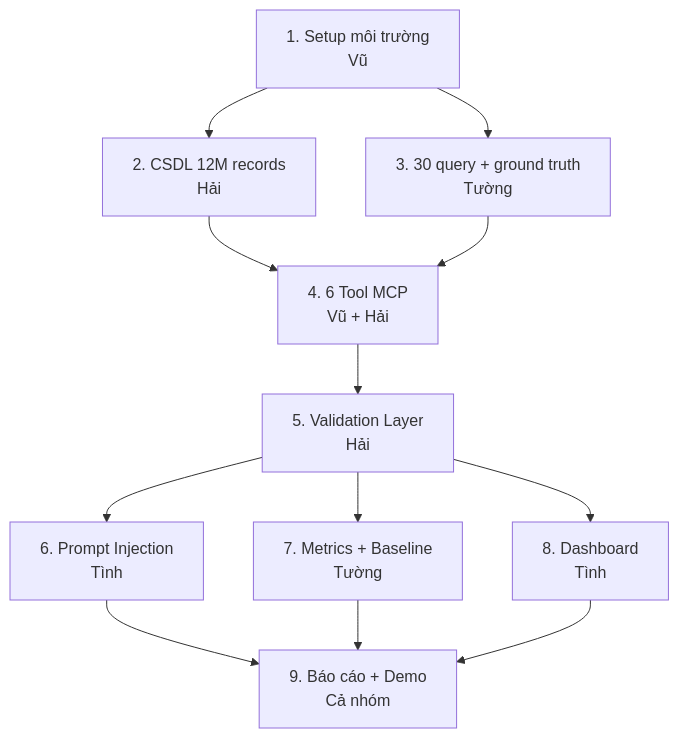
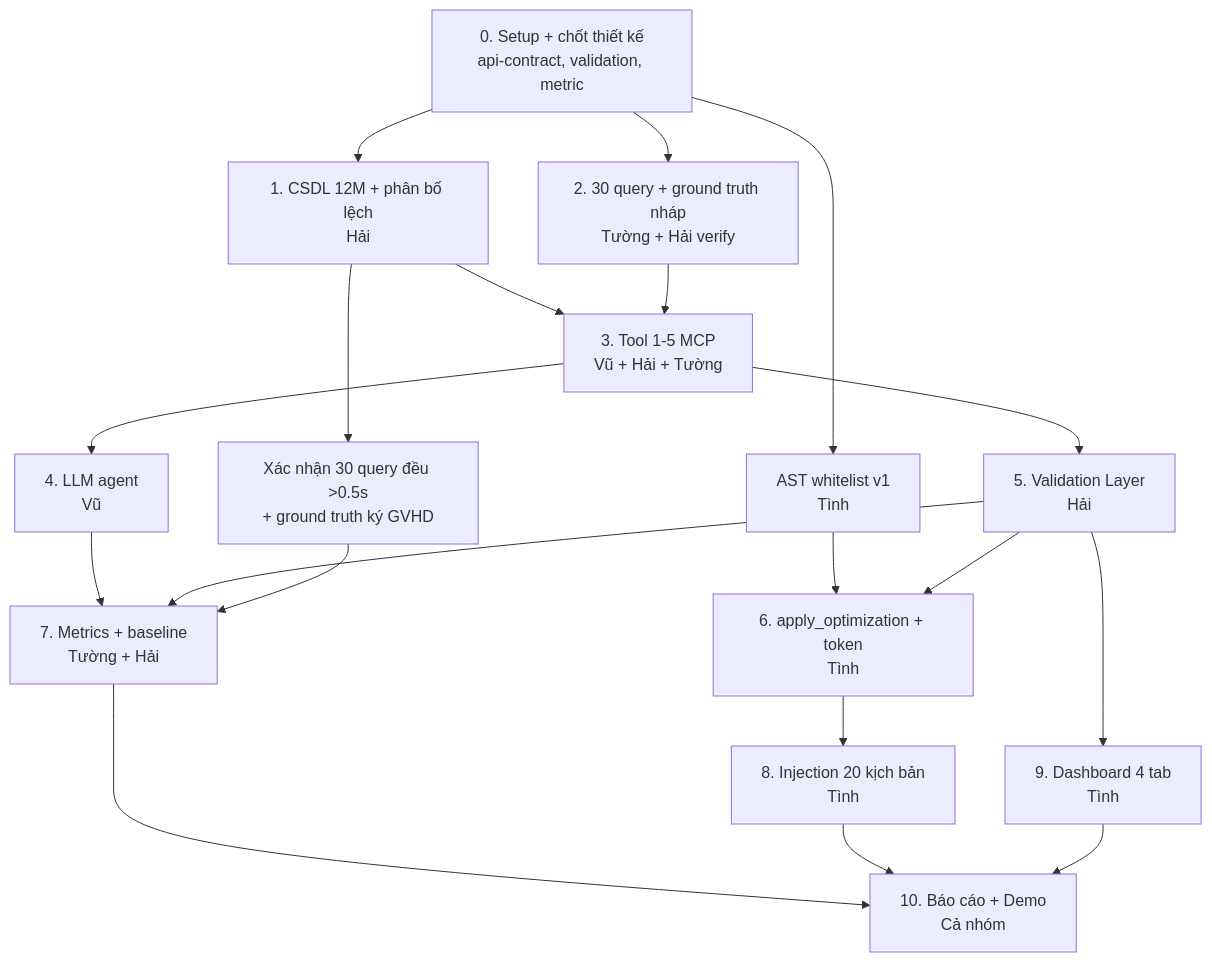
The diagram in project-management/ROADMAP.md (lam-vu6868/mcp-slowquery-optimizer), drawn with Mermaid before and after one commit. The commit also changed other lines of this file and 4 other files, not shown here.

````diff
--- a/project-management/ROADMAP.md
+++ b/project-management/ROADMAP.md
@@ -10,14 +29,21 @@
 ```mermaid
 flowchart TD
-    A[1. Setup môi trường<br/>Vũ] --> B[2. CSDL 12M records<br/>Hải]
-    A --> C[3. 30 query + ground truth<br/>Tường]
-    B --> D[4. 6 Tool MCP<br/>Vũ + Hải]
+    A[0. Setup + chốt thiết kế<br/>api-contract, validation, metric] --> B[1. CSDL 12M + phân bố lệch<br/>Hải]
+    A --> C[2. 30 query + ground truth nháp<br/>Tường + Hải verify]
+    B --> D[3. Tool 1-5 MCP<br/>Vũ + Hải + Tường]
     C --> D
-    D --> E[5. Validation Layer<br/>Hải]
-    E --> F[6. Prompt Injection<br/>Tình]
-    E --> G[7. Metrics + Baseline<br/>Tường]
-    E --> H[8. Dashboard<br/>Tình]
-    F --> I[9. Báo cáo + Demo<br/>Cả nhóm]
-    G --> I
-    H --> I
+    B --> C2[Xác nhận 30 query đều >0.5s<br/>+ ground truth ký GVHD]
+    D --> E[4. LLM agent<br/>Vũ]
+    D --> F[5. Validation Layer<br/>Hải]
+    A --> G[AST whitelist v1<br/>Tình]
+    G --> H[6. apply_optimization + token<br/>Tình]
+    E --> I[7. Metrics + baseline<br/>Tường + Hải]
+    F --> I
+    F --> H
+    H --> J[8. Injection 20 kịch bản<br/>Tình]
+    F --> K[9. Dashboard 4 tab<br/>Tình]
+    I --> L[10. Báo cáo + Demo<br/>Cả nhóm]
+    J --> L
+    K --> L
+    C2 --> I
 ```
````
